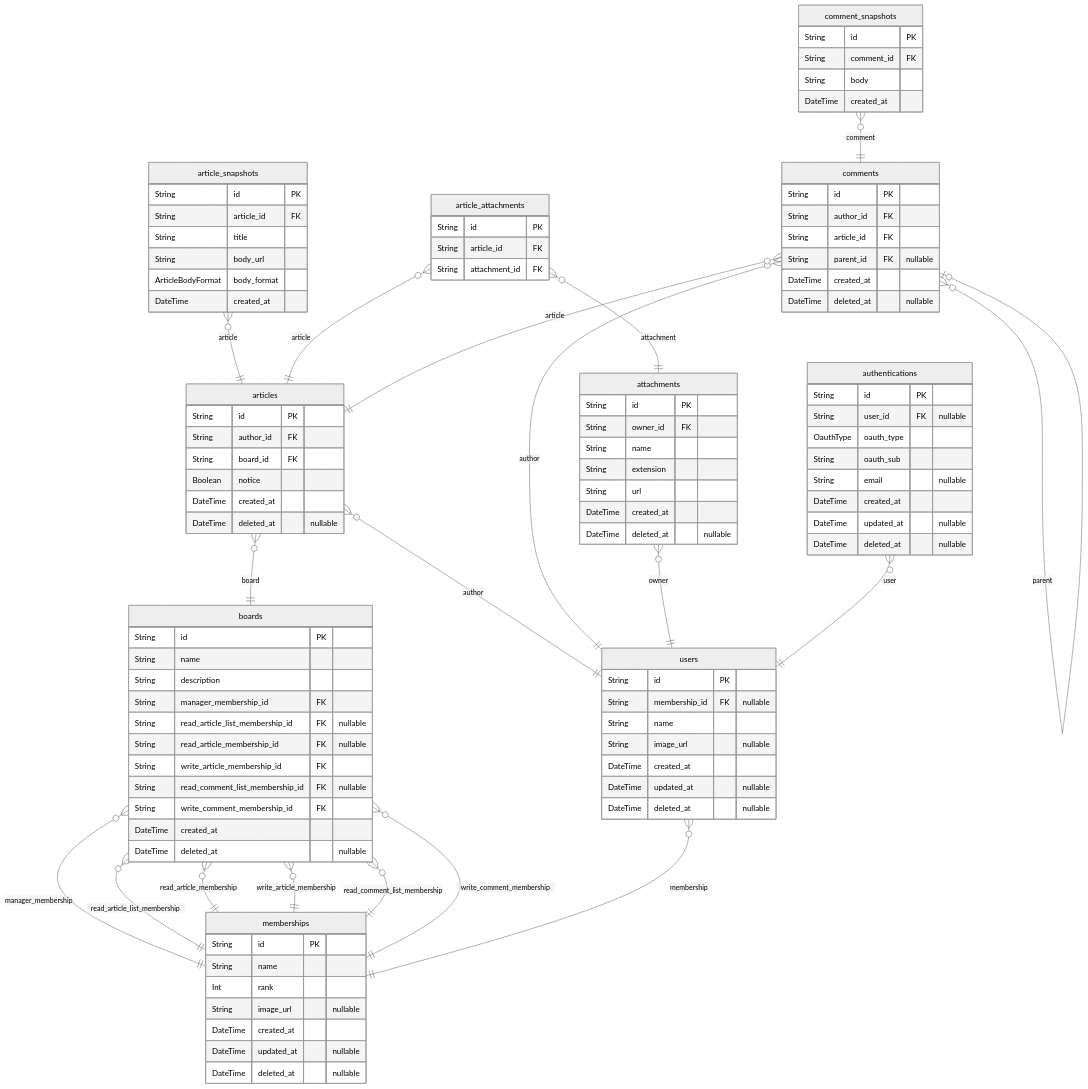
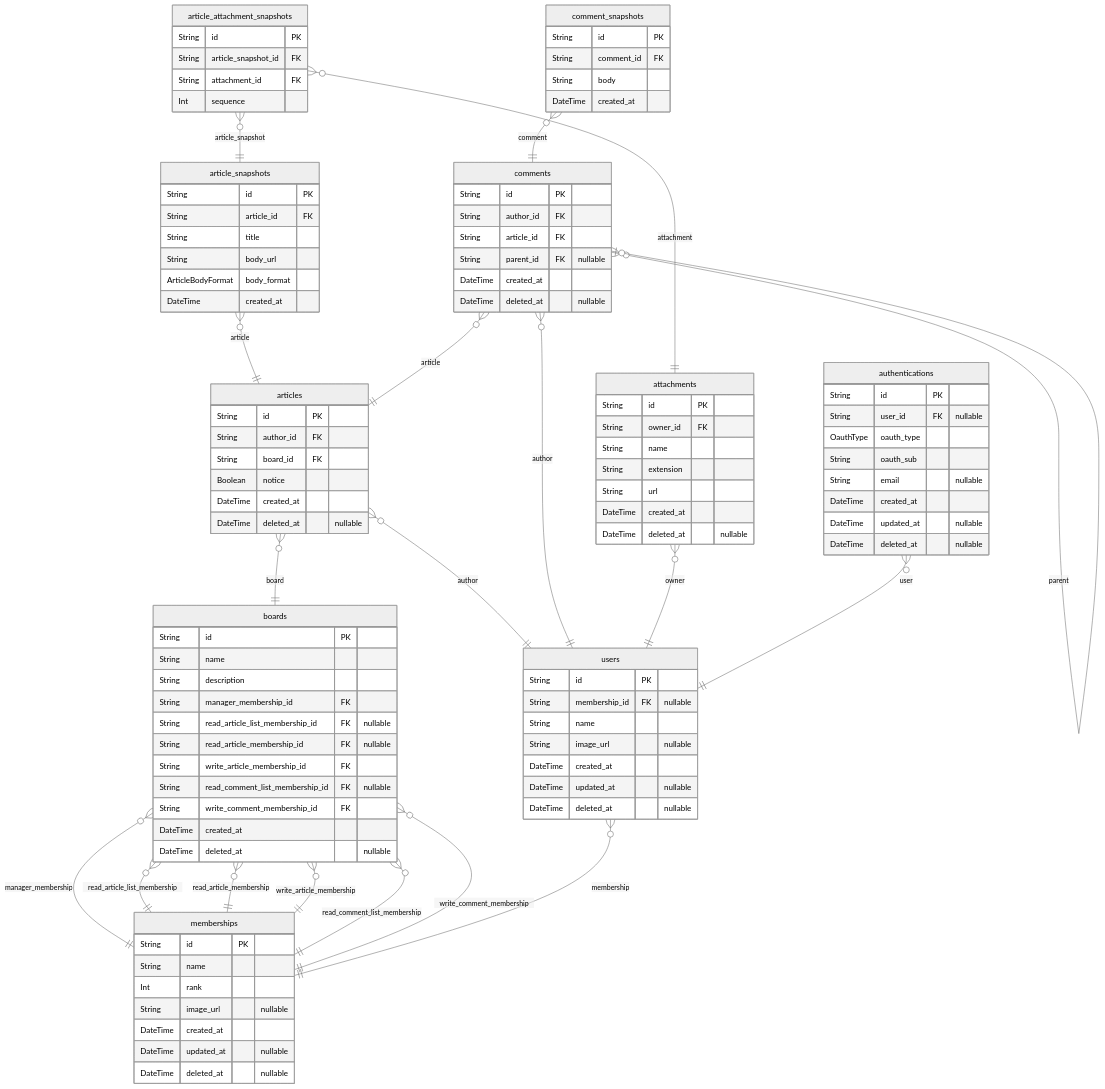
The first of 5 diagrams in ERD.md (rojiwon123/bbs), drawn with Mermaid (neutral theme) before and after one commit. The commit also changed other lines of this file and 37 other files, not shown here.

Commit message:
✨ article attachment 적용

```diff
--- a/ERD.md
+++ b/ERD.md
@@ -28,10 +28,11 @@
     ArticleBodyFormat body_format
     DateTime created_at
 }
-"article_attachments" {
+"article_attachment_snapshots" {
     String id PK
-    String article_id FK
+    String article_snapshot_id FK
     String attachment_id FK
+    Int sequence
 }
 "boards" {
     String id PK
@@ -100,8 +101,8 @@
 "articles" }o--|| "users" : author
 "articles" }o--|| "boards" : board
 "article_snapshots" }o--|| "articles" : article
-"article_attachments" }o--|| "articles" : article
-"article_attachments" }o--|| "attachments" : attachment
+"article_attachment_snapshots" }o--|| "article_snapshots" : article_snapshot
+"article_attachment_snapshots" }o--|| "attachments" : attachment
 "boards" }o--|| "memberships" : manager_membership
 "boards" }o--|| "memberships" : read_article_list_membership
 "boards" }o--|| "memberships" : read_article_membership
```
